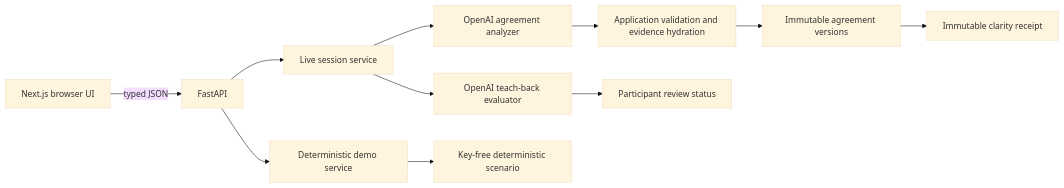
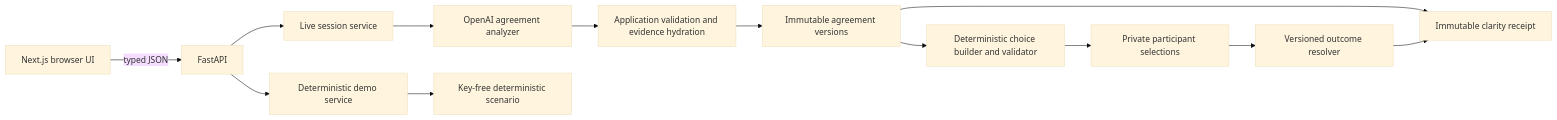
Before and after one commit to SarangMarkandey/meaning-sync: the first of 2 diagrams in docs/architecture.md, drawn with Mermaid (base theme). The commit also changed other lines of this file and 34 other files, not shown here.

Commit message:
feat: add choice-based clarification and understanding flow

````diff
--- a/docs/architecture.md
+++ b/docs/architecture.md
@@ -5,13 +5,15 @@
 ```mermaid
 flowchart LR
   Browser[Next.js browser UI] -->|typed JSON| API[FastAPI]
   API --> Live[Live session service]
   API --> Demo[Deterministic demo service]
   Live --> Analyzer[OpenAI agreement analyzer]
-  Live --> Teachback[OpenAI teach-back evaluator]
   Analyzer --> Validate[Application validation and evidence hydration]
   Validate --> Versions[Immutable agreement versions]
-  Teachback --> Reviews[Participant review status]
+  Versions --> Questions[Deterministic choice builder and validator]
+  Questions --> Selections[Private participant selections]
+  Selections --> Outcomes[Versioned outcome resolver]
   Versions --> Receipt[Immutable clarity receipt]
+  Outcomes --> Receipt
   Demo --> Fixture[Key-free deterministic scenario]
 ```
````
